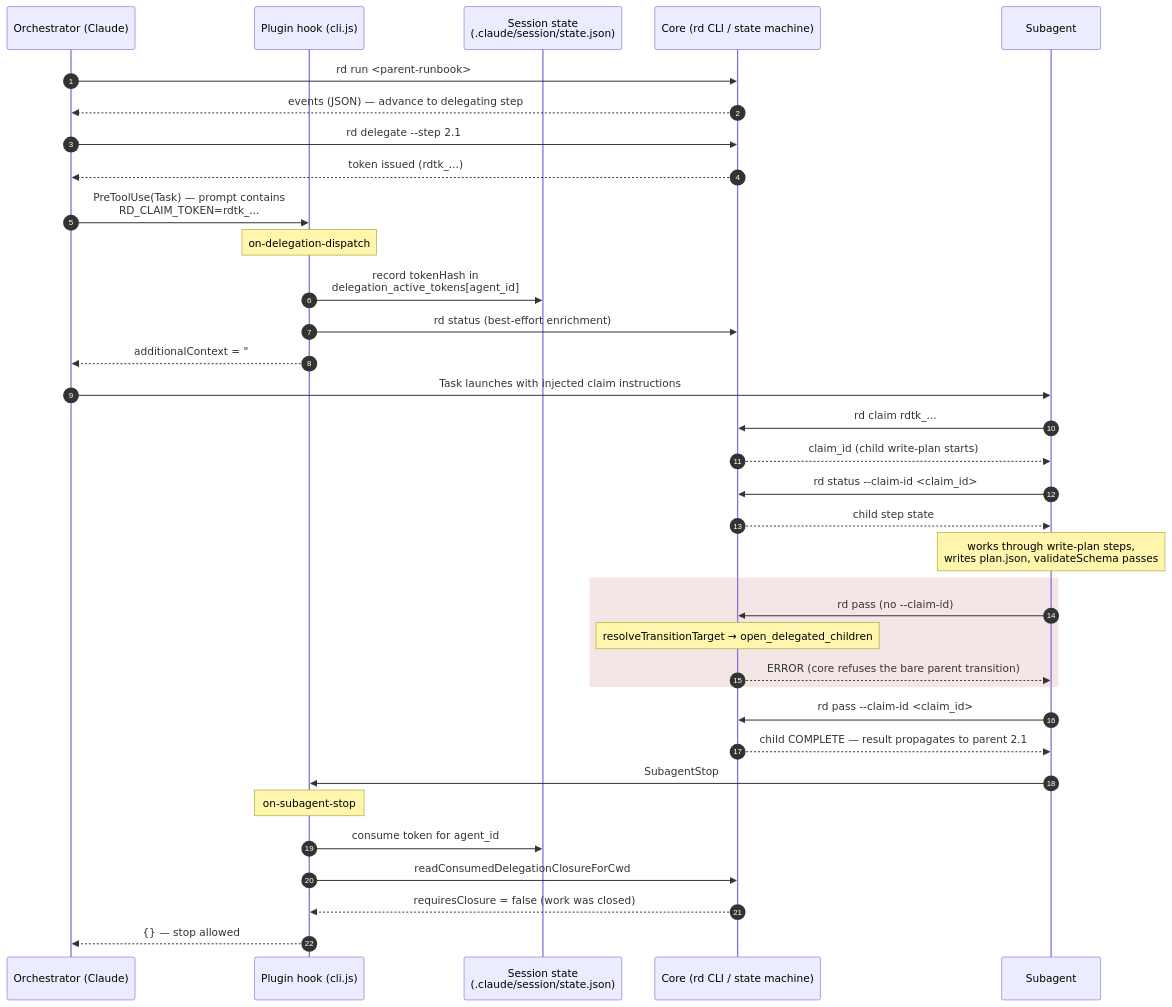
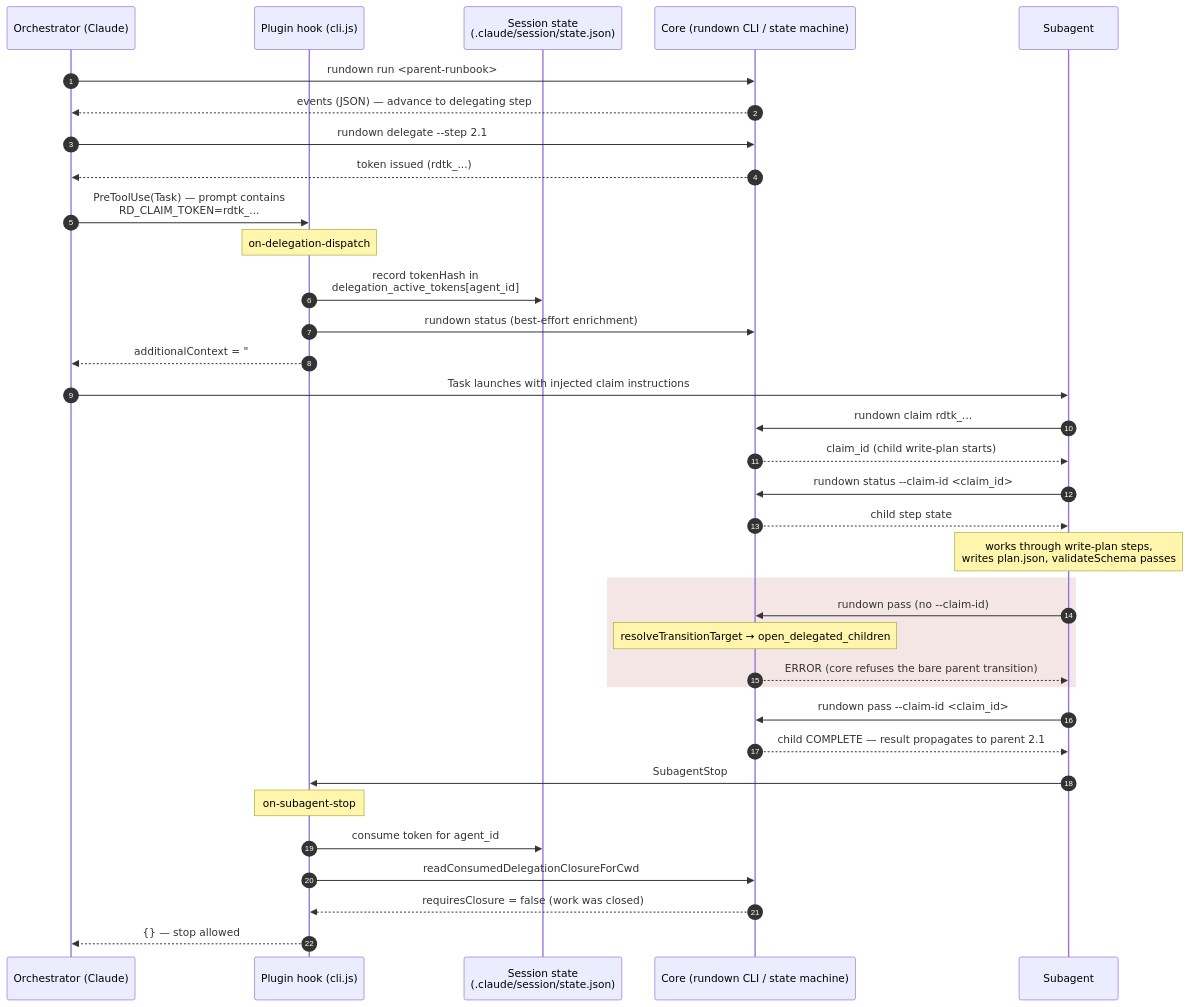
The seventh of 7 diagrams in packages/claude-code-plugin/docs/plugin-overview.md (tobyhede/rundown), drawn with Mermaid before and after one commit. The commit also changed other lines of this file and 6 other files, not shown here.

````diff
--- a/packages/claude-code-plugin/docs/plugin-overview.md
+++ b/packages/claude-code-plugin/docs/plugin-overview.md
@@ -389,46 +391,46 @@
 ```mermaid
 sequenceDiagram
     autonumber
     participant O as Orchestrator (Claude)
     participant P as Plugin hook (cli.js)
     participant S as Session state<br/>(.claude/session/state.json)
-    participant C as Core (rd CLI / state machine)
+    participant C as Core (rundown CLI / state machine)
     participant Sub as Subagent
 
-    O->>C: rd run <parent-runbook>
+    O->>C: rundown run <parent-runbook>
     C-->>O: events (JSON) — advance to delegating step
 
-    O->>C: rd delegate --step 2.1
+    O->>C: rundown delegate --step 2.1
     C-->>O: token issued (rdtk_...)
 
     O->>P: PreToolUse(Task) — prompt contains<br/>RD_CLAIM_TOKEN=rdtk_...
     Note over P: on-delegation-dispatch
     P->>S: record tokenHash in<br/>delegation_active_tokens[agent_id]
-    P->>C: rd status (best-effort enrichment)
+    P->>C: rundown status (best-effort enrichment)
     P-->>O: additionalContext = "## Delegation Context"
     O->>Sub: Task launches with injected claim instructions
 
-    Sub->>C: rd claim rdtk_...
+    Sub->>C: rundown claim rdtk_...
     C-->>Sub: claim_id (child write-plan starts)
 
-    Sub->>C: rd status --claim-id <claim_id>
+    Sub->>C: rundown status --claim-id <claim_id>
     C-->>Sub: child step state
 
     Note over Sub: works through write-plan steps,<br/>writes plan.json, validateSchema passes
 
     rect rgb(245,230,230)
-    Sub->>C: rd pass (no --claim-id)
+    Sub->>C: rundown pass (no --claim-id)
     Note over C: resolveTransitionTarget → open_delegated_children
     C-->>Sub: ERROR (core refuses the bare parent transition)
     end
 
-    Sub->>C: rd pass --claim-id <claim_id>
+    Sub->>C: rundown pass --claim-id <claim_id>
     C-->>Sub: child COMPLETE — result propagates to parent 2.1
 
     Sub->>P: SubagentStop
     Note over P: on-subagent-stop
     P->>S: consume token for agent_id
     P->>C: readConsumedDelegationClosureForCwd
     C-->>P: requiresClosure = false (work was closed)
     P-->>O: {} — stop allowed
 ```
````
